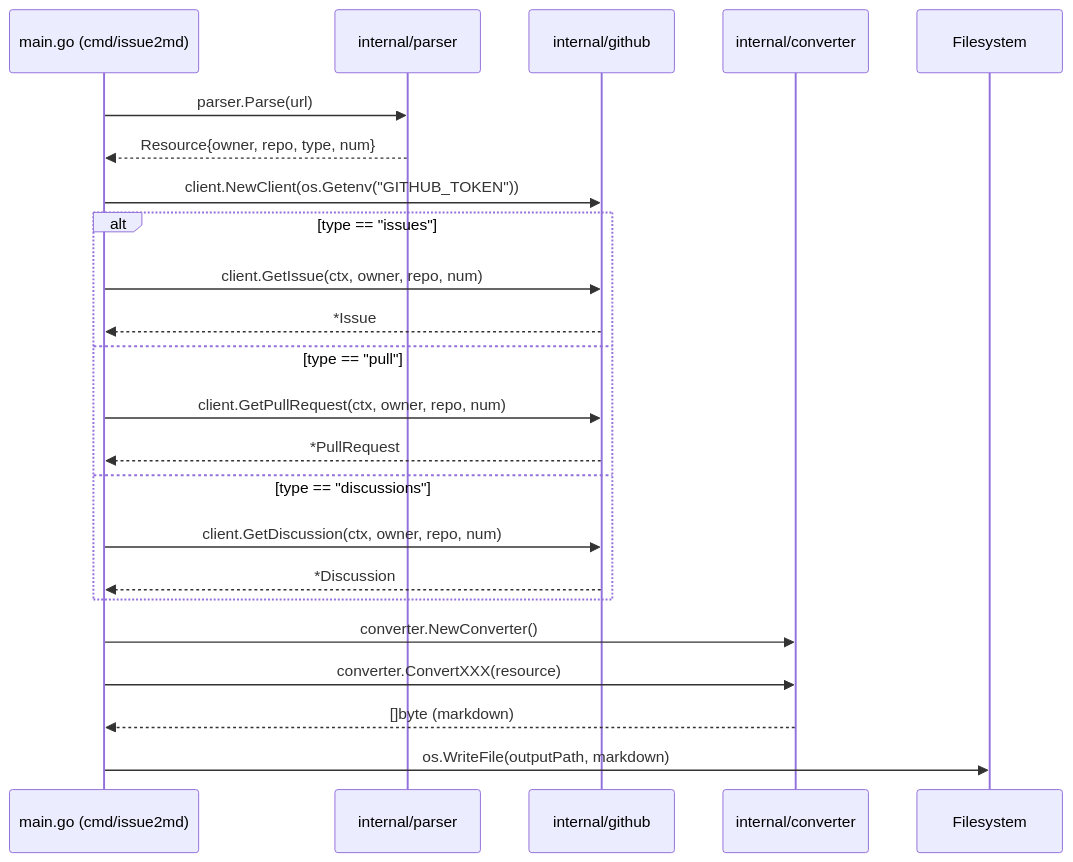
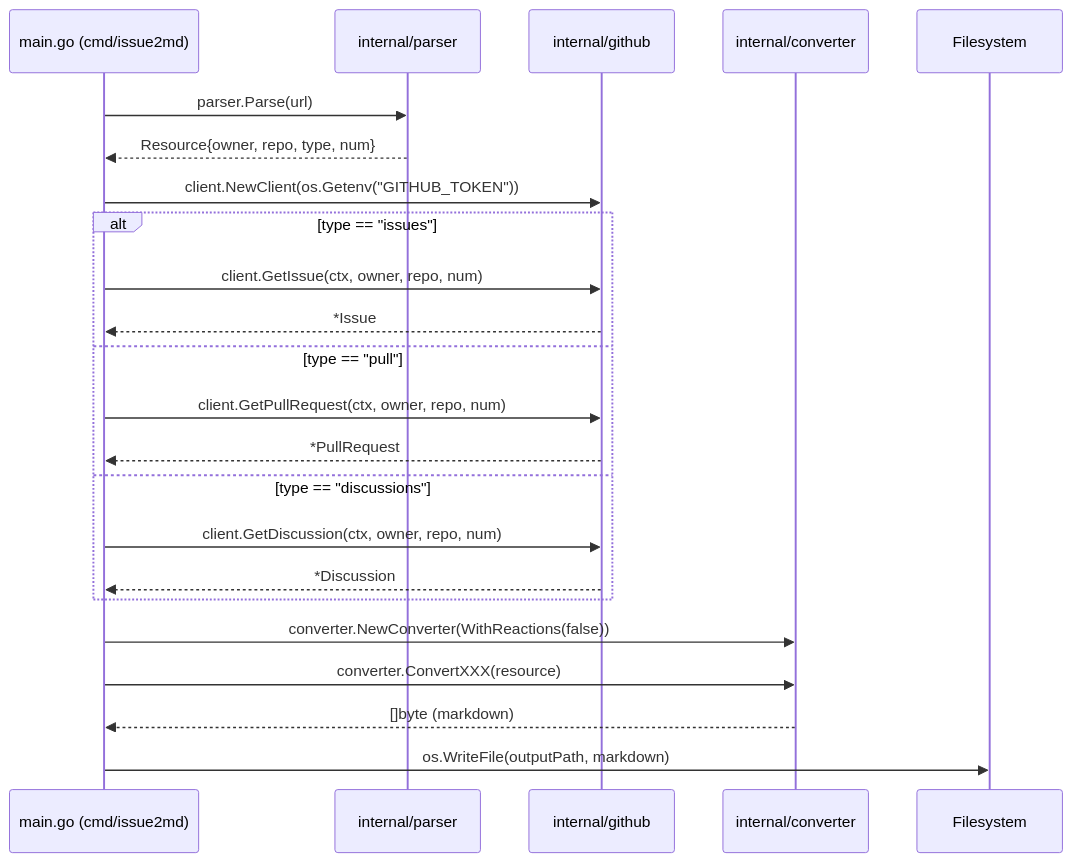
One commit to zhijing-hu/my-issue2md-project2 changed the diagram in specs/001-core-functionality/api-sketch.md. Above: the diagram before and after it, drawn with Mermaid. The commit also changed other lines of this file and 1 other file, not shown here.

First line of the commit message:
feat(reactions): add optional reactions support and API interfaces

````diff
--- a/specs/001-core-functionality/api-sketch.md
+++ b/specs/001-core-functionality/api-sketch.md
@@ -266,28 +302,28 @@
 ```mermaid
 sequenceDiagram
     participant CLI as main.go (cmd/issue2md)
     participant Parser as internal/parser
     participant Client as internal/github
     participant Converter as internal/converter
 
     CLI->>Parser: parser.Parse(url)
     Parser-->>CLI: Resource{owner, repo, type, num}
 
     CLI->>Client: client.NewClient(os.Getenv("GITHUB_TOKEN"))
     alt type == "issues"
         CLI->>Client: client.GetIssue(ctx, owner, repo, num)
         Client-->>CLI: *Issue
     else type == "pull"
         CLI->>Client: client.GetPullRequest(ctx, owner, repo, num)
         Client-->>CLI: *PullRequest
     else type == "discussions"
         CLI->>Client: client.GetDiscussion(ctx, owner, repo, num)
         Client-->>CLI: *Discussion
     end
 
-    CLI->>Converter: converter.NewConverter()
+    CLI->>Converter: converter.NewConverter(WithReactions(false))
     CLI->>Converter: converter.ConvertXXX(resource)
     Converter-->>CLI: []byte (markdown)
 
     CLI->>Filesystem: os.WriteFile(outputPath, markdown)
 ```
````
